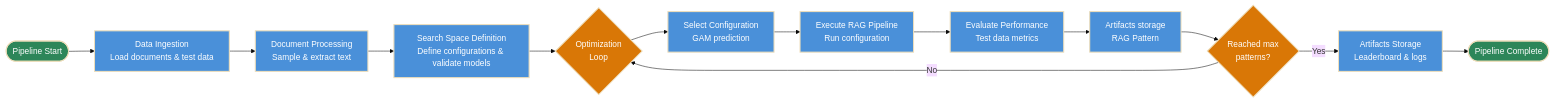
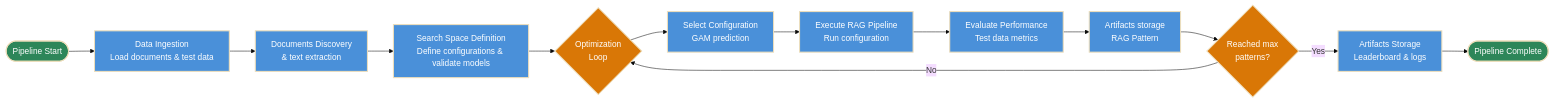
One commit to red-hat-data-services/red-hat-ai-examples changed the second of 3 diagrams in examples/autorag/readme.md. Above: the diagram before and after it, drawn with Mermaid (base theme). The commit also changed other lines of this file and 18 other files, not shown here.

````diff
--- a/examples/autorag/readme.md
+++ b/examples/autorag/readme.md
@@ -73,27 +73,27 @@
 ```mermaid
 flowchart LR
     Start([Pipeline Start]) --> DataIngestion["Data Ingestion<br/>Load documents & test data"]
-    DataIngestion --> DocProcessing["Document Processing<br/>Sample & extract text"]
+    DataIngestion --> DocProcessing["Documents Discovery</br> & text extraction"]
     DocProcessing --> SearchSpace["Search Space Definition<br/>Define configurations & validate models"]
     SearchSpace --> OptLoop{"Optimization<br/>Loop"}
     OptLoop --> SelectConfig["Select Configuration<br/>GAM prediction"]
     SelectConfig --> ExecuteRAG["Execute RAG Pipeline<br/>Run configuration"]
     ExecuteRAG --> Evaluate["Evaluate Performance<br/>Test data metrics"]
     Evaluate --> UpdateLeaderboard["Artifacts storage<br/>RAG Pattern"]
     UpdateLeaderboard --> CheckMax{"Reached max<br/>patterns?"}
     CheckMax -->|No| OptLoop
     CheckMax -->|Yes| ResultsStorage["Artifacts Storage<br/>Leaderboard & logs"]
     ResultsStorage --> End([Pipeline Complete])
     style Start fill:#2d8659,color:#fff,stroke-width:2px
     style End fill:#2d8659,color:#fff,stroke-width:2px
     style OptLoop fill:#d97706,color:#fff,stroke-width:2px
     style CheckMax fill:#d97706,color:#fff,stroke-width:2px
     style DataIngestion fill:#4a90d9,color:#fff,stroke-width:2px
     style DocProcessing fill:#4a90d9,color:#fff,stroke-width:2px
     style SearchSpace fill:#4a90d9,color:#fff,stroke-width:2px
     style SelectConfig fill:#4a90d9,color:#fff,stroke-width:2px
     style ExecuteRAG fill:#4a90d9,color:#fff,stroke-width:2px
     style Evaluate fill:#4a90d9,color:#fff,stroke-width:2px
     style UpdateLeaderboard fill:#4a90d9,color:#fff,stroke-width:2px
     style ResultsStorage fill:#4a90d9,color:#fff,stroke-width:2px
 ```
````
